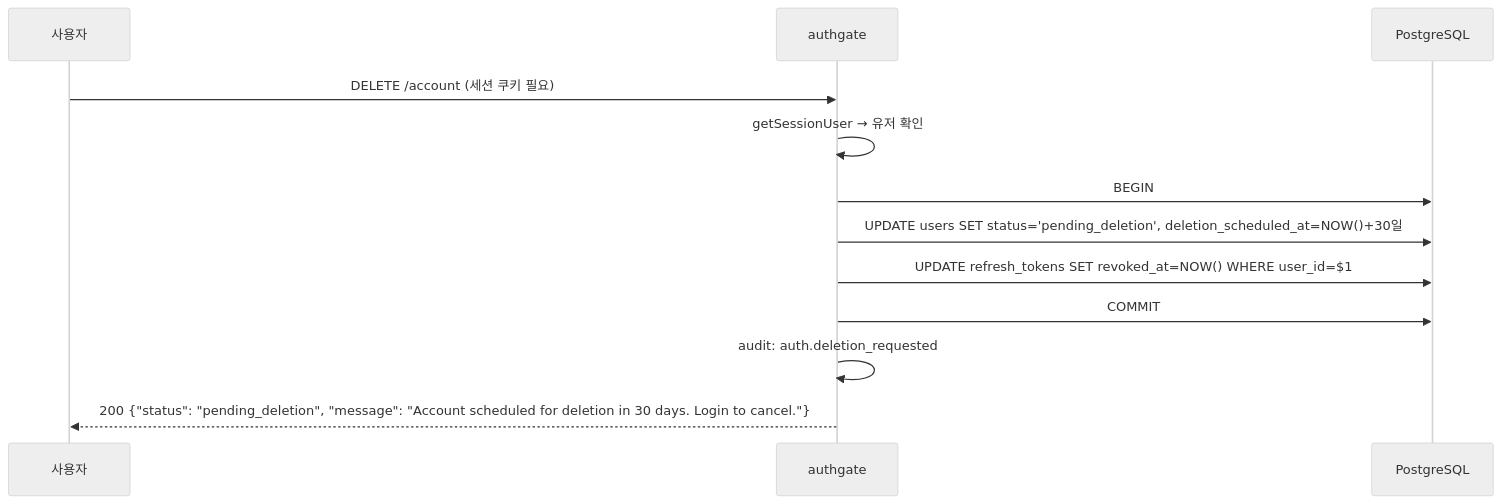
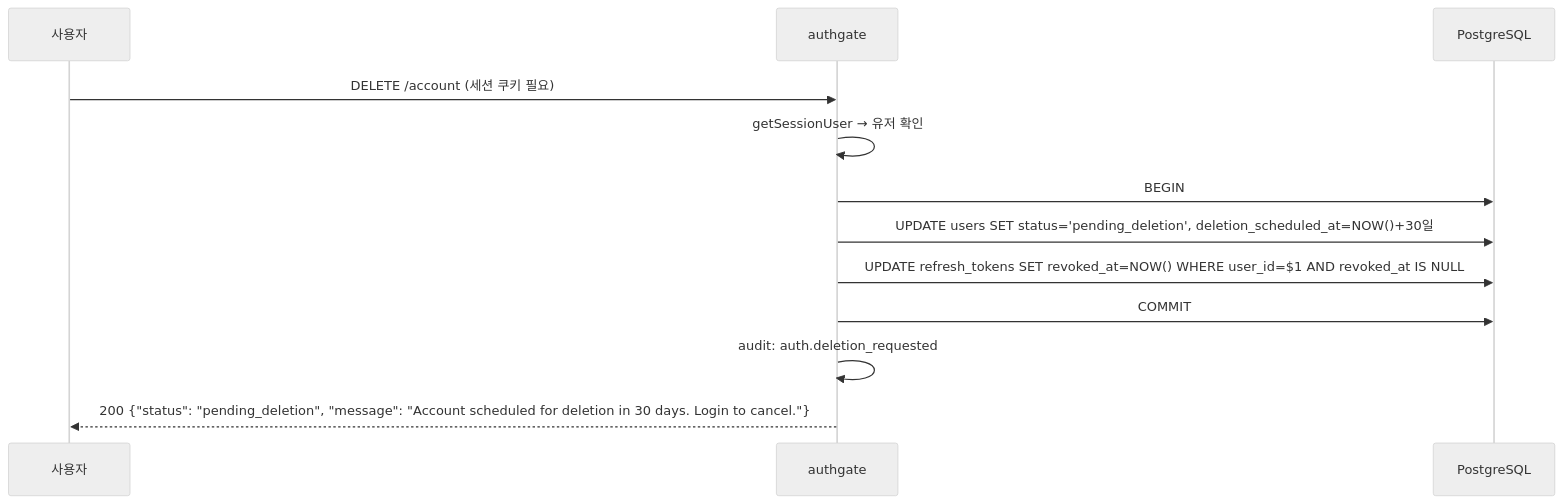
Before and after one commit to cagojeiger/authgate: the second of 3 diagrams in docs/spec/006-account-lifecycle.md, drawn with Mermaid (neutral theme). The commit also changed other lines of this file and 6 other files, not shown here.

````diff
--- a/docs/spec/006-account-lifecycle.md
+++ b/docs/spec/006-account-lifecycle.md
@@ -59,15 +59,15 @@
 ```mermaid
 sequenceDiagram
     participant U as 사용자
     participant AG as authgate
     participant DB as PostgreSQL
 
     U->>AG: DELETE /account (세션 쿠키 필요)
     AG->>AG: getSessionUser → 유저 확인
     AG->>DB: BEGIN
     AG->>DB: UPDATE users SET status='pending_deletion', deletion_scheduled_at=NOW()+30일
-    AG->>DB: UPDATE refresh_tokens SET revoked_at=NOW() WHERE user_id=$1
+    AG->>DB: UPDATE refresh_tokens SET revoked_at=NOW() WHERE user_id=$1 AND revoked_at IS NULL
     AG->>DB: COMMIT
     AG->>AG: audit: auth.deletion_requested
     AG-->>U: 200 {"status": "pending_deletion", "message": "Account scheduled for deletion in 30 days. Login to cancel."}
 ```
````
